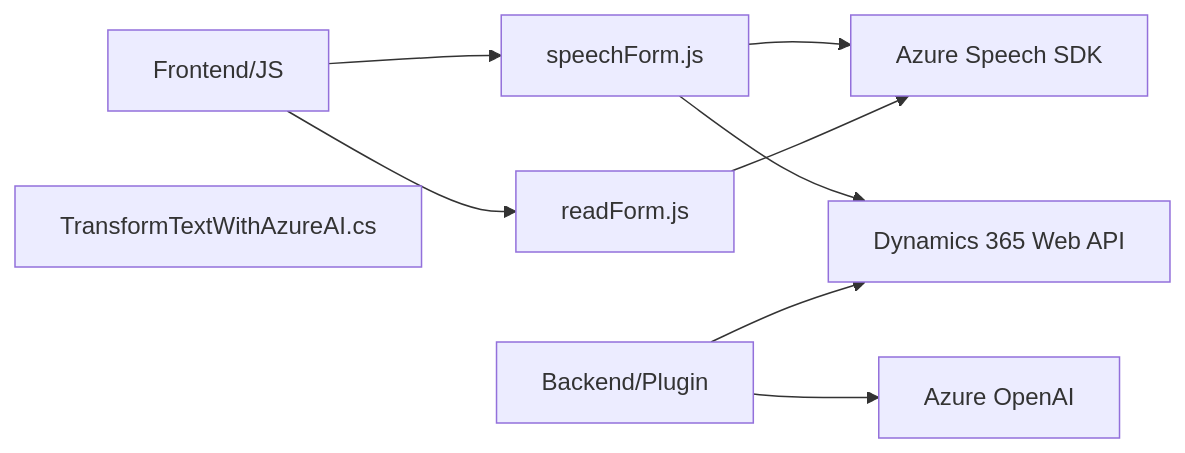
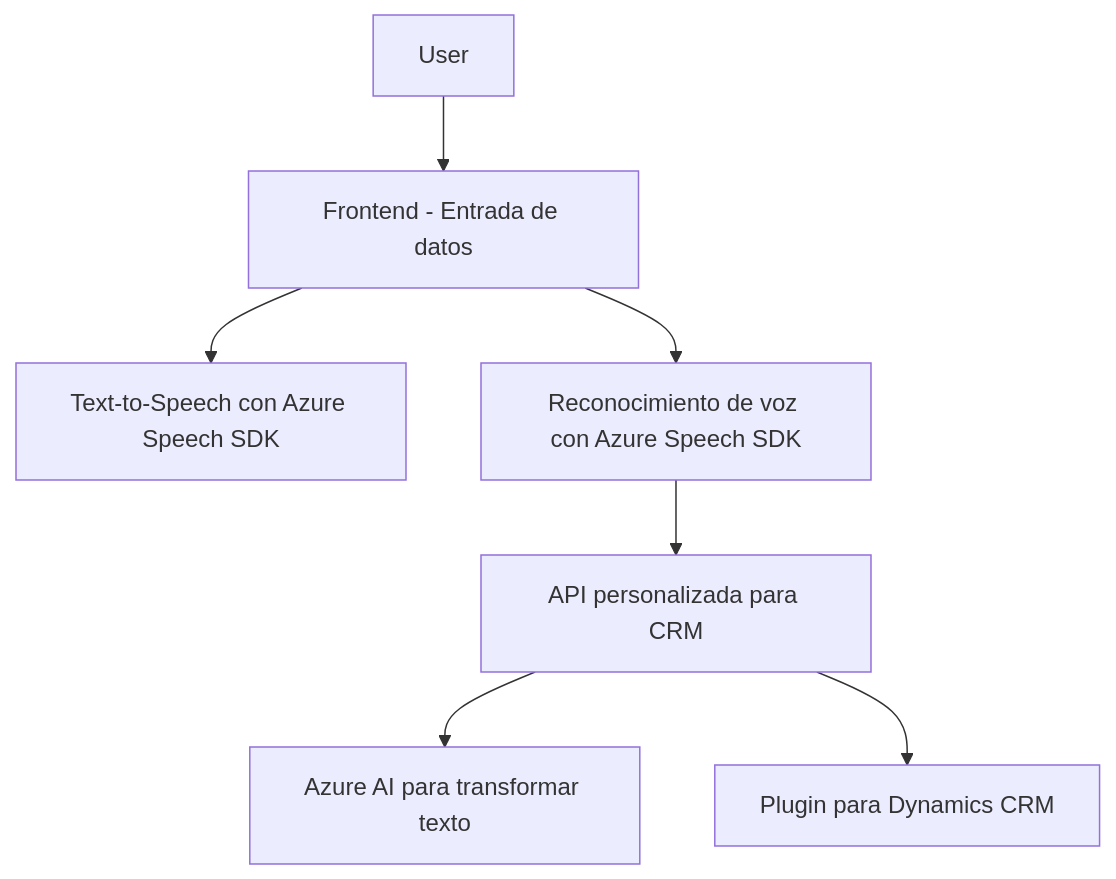
Before and after one commit to blopezdm/NETCORE_BILBAO2025: the diagram in README.md, drawn with Mermaid. The commit also changed other lines of this file, not shown here.

Commit message:
Actualizar análisis global de la solución con IA

````diff
--- a/README.md
+++ b/README.md
@@ -28,19 +57,17 @@
 ```mermaid
-graph LR
-A["Frontend/JS"]
-B["speechForm.js"]
-C["readForm.js"]
+graph TD
+    A["User"]
+    B["Frontend - Entrada de datos"]
+    C["Text-to-Speech con Azure Speech SDK"]
+    D["Reconocimiento de voz con Azure Speech SDK"]
+    E["Azure AI para transformar texto"]
+    F["API personalizada para CRM"]
+    G["Plugin para Dynamics CRM"]
 
-D["Backend/Plugin"]
-E["TransformTextWithAzureAI.cs"]
-
-F["Azure Speech SDK"]
-G["Azure OpenAI"]
-H["Dynamics 365 Web API"]
-
-A --> B --> F
-A --> C --> F
-B --> H
-D --> G
-D --> H
+    A --> B
+    B --> C
+    B --> D
+    D --> F
+    F --> E
+    F --> G
 ```
````
